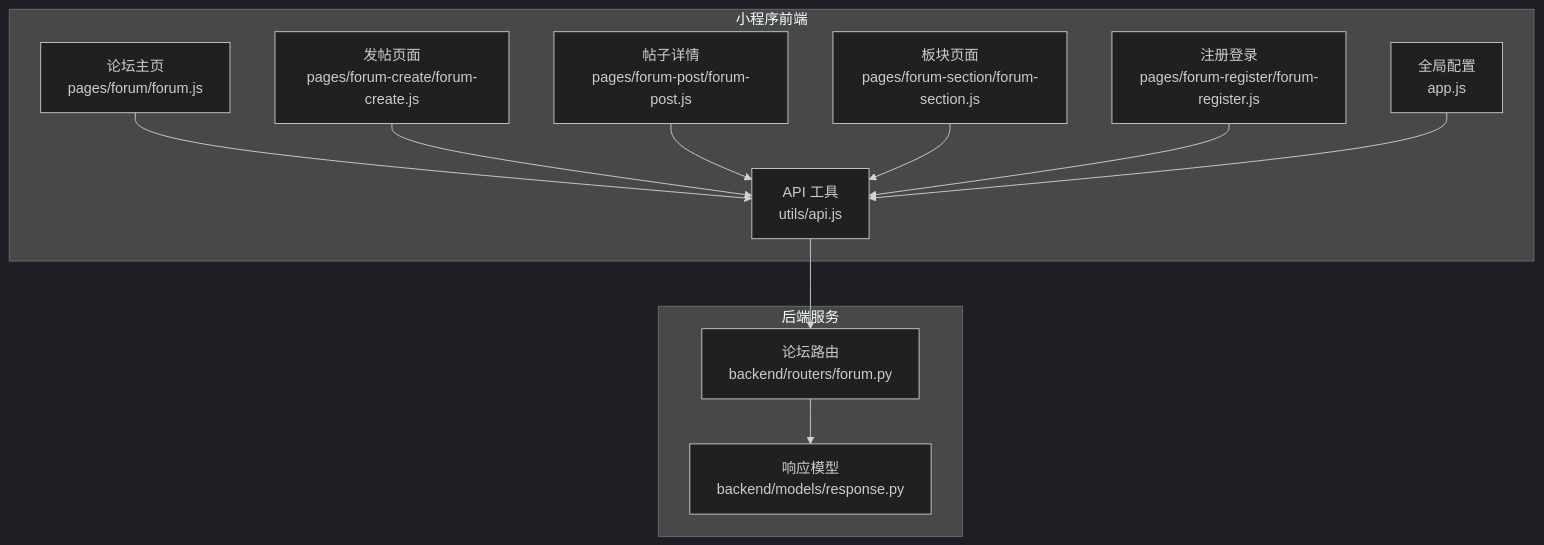
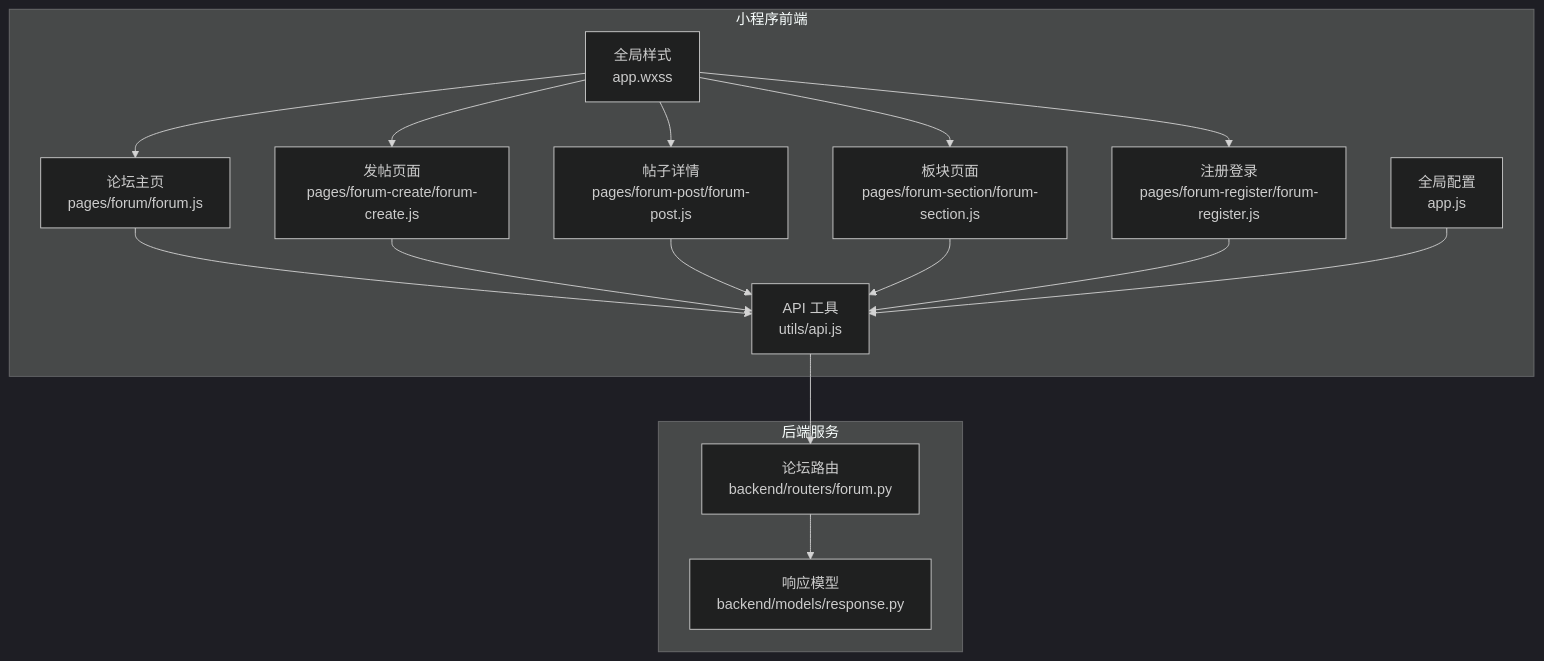
Before and after one commit to jianai0330/Fast-F1: the first of 8 diagrams in .qoder/repowiki/zh/content/微信小程序前端/内容管理页面/论坛系统.md, drawn with Mermaid (dark theme). The commit also changed other lines of this file and 22 other files, not shown here.

````diff
--- a/.qoder/repowiki/zh/content/微信小程序前端/内容管理页面/论坛系统.md
+++ b/.qoder/repowiki/zh/content/微信小程序前端/内容管理页面/论坛系统.md
@@ -53,24 +63,30 @@
 ```mermaid
 graph TB
 subgraph "小程序前端"
 A_forum["论坛主页<br/>pages/forum/forum.js"]
 A_create["发帖页面<br/>pages/forum-create/forum-create.js"]
 A_post["帖子详情<br/>pages/forum-post/forum-post.js"]
 A_section["板块页面<br/>pages/forum-section/forum-section.js"]
 A_register["注册登录<br/>pages/forum-register/forum-register.js"]
 A_api["API 工具<br/>utils/api.js"]
 A_app["全局配置<br/>app.js"]
+A_global["全局样式<br/>app.wxss"]
 end
 subgraph "后端服务"
 B_router["论坛路由<br/>backend/routers/forum.py"]
 B_model["响应模型<br/>backend/models/response.py"]
 end
 A_forum --> A_api
 A_create --> A_api
 A_post --> A_api
 A_section --> A_api
 A_register --> A_api
 A_api --> B_router
 A_app --> A_api
+A_global --> A_forum
+A_global --> A_create
+A_global --> A_post
+A_global --> A_section
+A_global --> A_register
 B_router --> B_model
 ```
````
